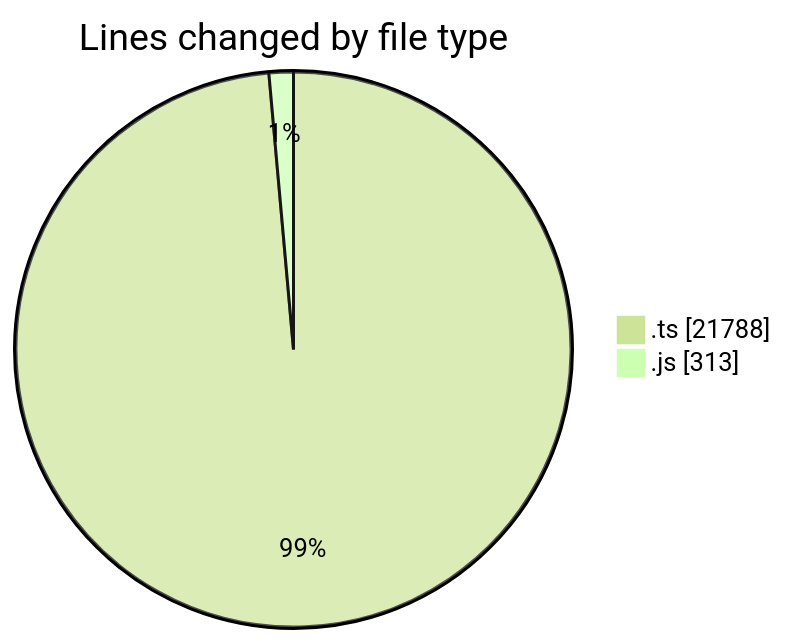
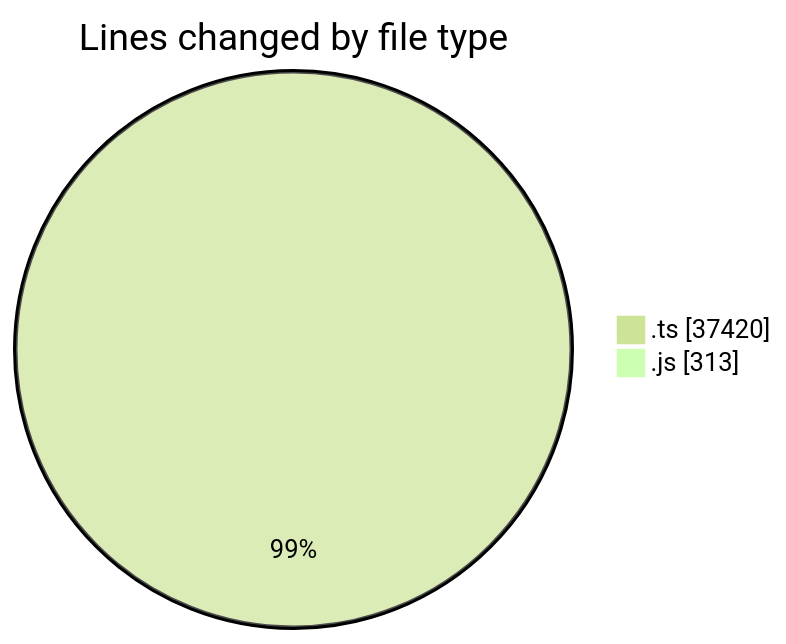
The first of 2 diagrams in 2025-09-29/cda/README.md (momahboobian/code-tracking), drawn with Mermaid (forest theme) before and after one commit. The commit also changed other lines of this file and 1 other file, not shown here.

````diff
--- a/2025-09-29/cda/README.md
+++ b/2025-09-29/cda/README.md
@@ -22,6 +25,6 @@
 ```mermaid
 pie showData
 title Lines changed by file type
-".ts" : 21788
+".ts" : 37420
 ".js" : 313
 ```
````
